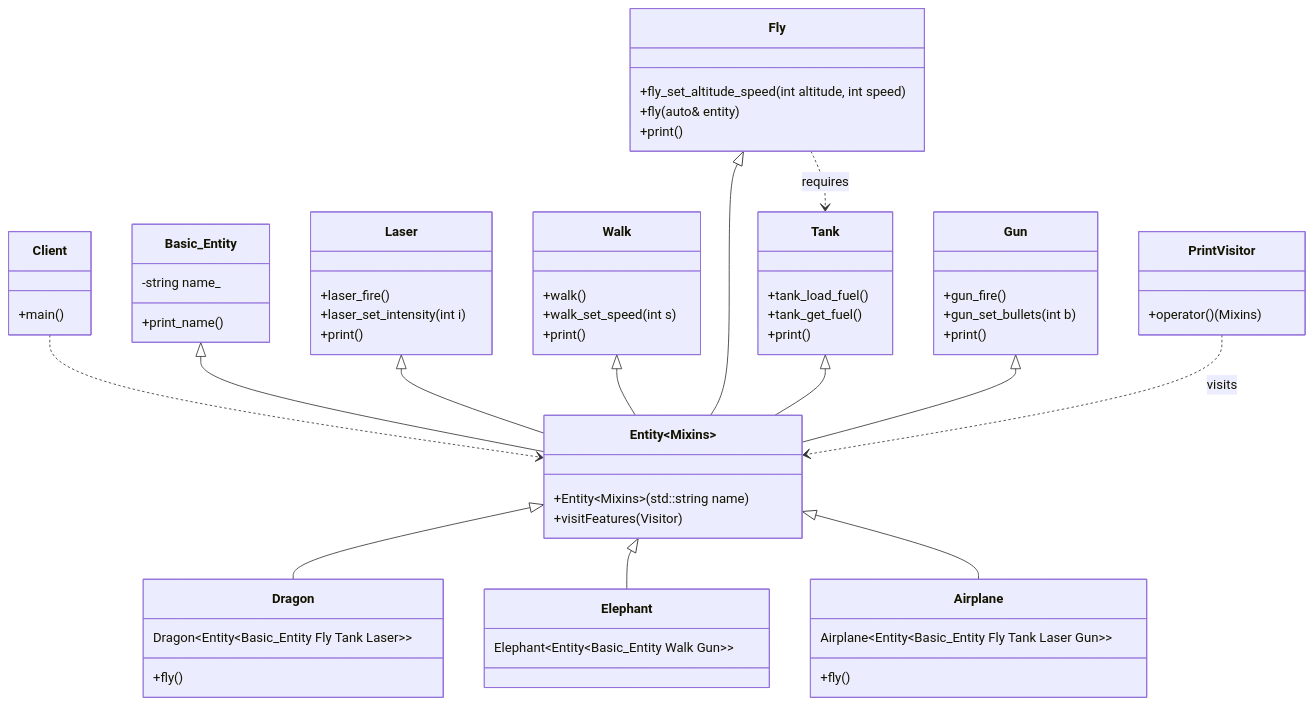
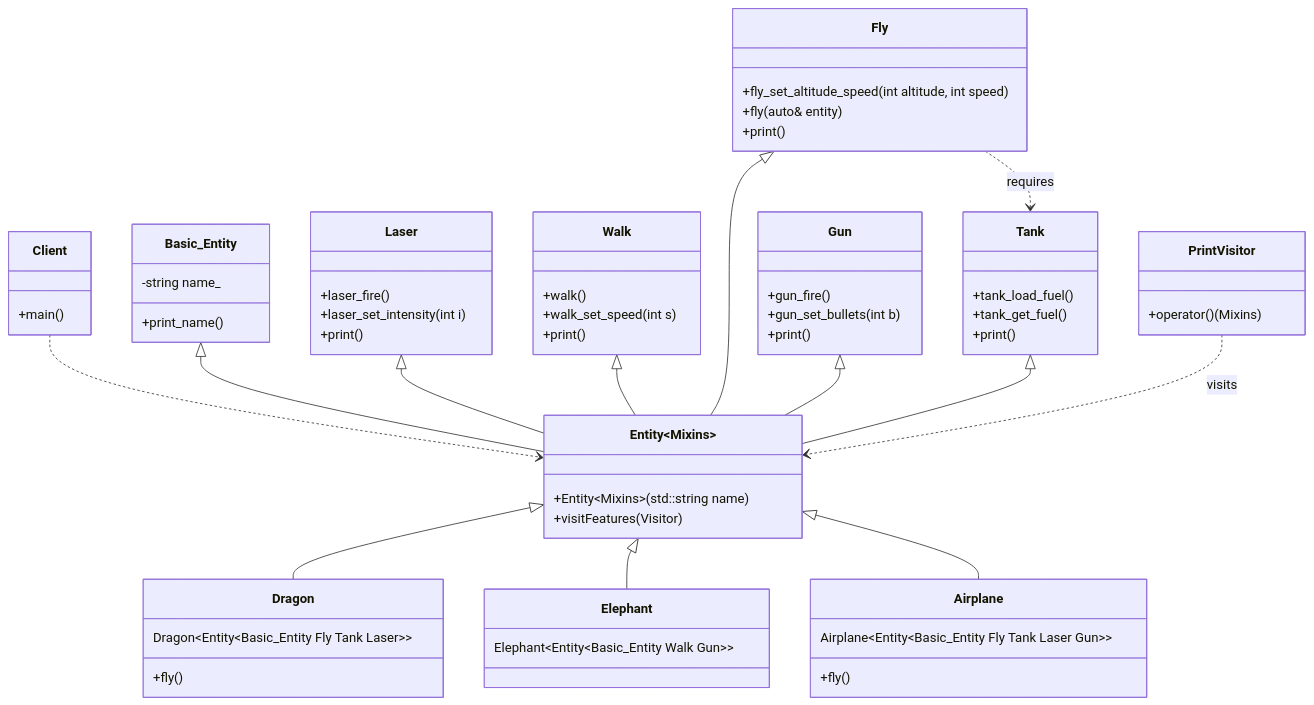
The diagram in 15_Mixin/02_Advanced/diagram.md (Cichlidfishexigency721/Modern-CPP-Design-Patterns), drawn with Mermaid before and after one commit. The commit also changed other lines of this file, not shown here.

Commit message:
UML improvement

````diff
--- a/15_Mixin/02_Advanced/diagram.md
+++ b/15_Mixin/02_Advanced/diagram.md
@@ -3,81 +3,81 @@
 ```mermaid
 classDiagram
 %%---------------------------------------------------------------------- Main:
    class Client {
       +main()
    }
 
 %%---------------------------------------------------- Features (Mixin Parts):
    class Laser {
       +laser_fire()
       +laser_set_intensity(int i)
       +print()
    }
    class Walk {
       +walk()
       +walk_set_speed(int s)
       +print()
    }
    class Gun {
       +gun_fire()
       +gun_set_bullets(int b)
       +print()
    }
    class Tank {
       +tank_load_fuel()
       +tank_get_fuel()
       +print()
    }
    class Fly {
       +fly_set_altitude_speed(int altitude, int speed)
       +fly(auto& entity)
       +print()
    }
 
 %%--------------------------------------------------------------------- Entity:
    class Basic_Entity {
       -string name_
       +print_name()
    }
    class Entity~Mixins~ {
       +Entity~Mixins~(std::string name)
       +visitFeatures(Visitor)
    }
 
 %%------------------------------------------------------------ Mixin Entities:
    class Dragon {
       Dragon~Entity~Basic_Entity Fly Tank Laser~~
       +fly()
    }
    class Elephant {
       Elephant~Entity~Basic_Entity Walk Gun~~
    }
    class Airplane {
       Airplane~Entity~Basic_Entity Fly Tank Laser Gun~~
       +fly()
    }
    class PrintVisitor {
       +operator()(Mixins)
    }
 
 %%----------------------------------------------------------- UML Composition:
    %% Dependencies
    Client ..> Entity~Mixins~
 
    %% Multiple Inheritance (Horizontal Composition)
    Basic_Entity <|-- Entity~Mixins~
    Laser <|-- Entity~Mixins~
    Walk <|-- Entity~Mixins~
    Fly <|-- Entity~Mixins~
+   Gun <|-- Entity~Mixins~
    Tank <|-- Entity~Mixins~
-   Gun <|-- Entity~Mixins~
 
    %% Specific Entities
    Entity~Mixins~ <|-- Dragon
    Entity~Mixins~ <|-- Elephant
    Entity~Mixins~ <|-- Airplane
 
    %% Dependencies
    Fly ..> Tank : requires
    PrintVisitor ..> Entity~Mixins~ : visits
 ```
````
